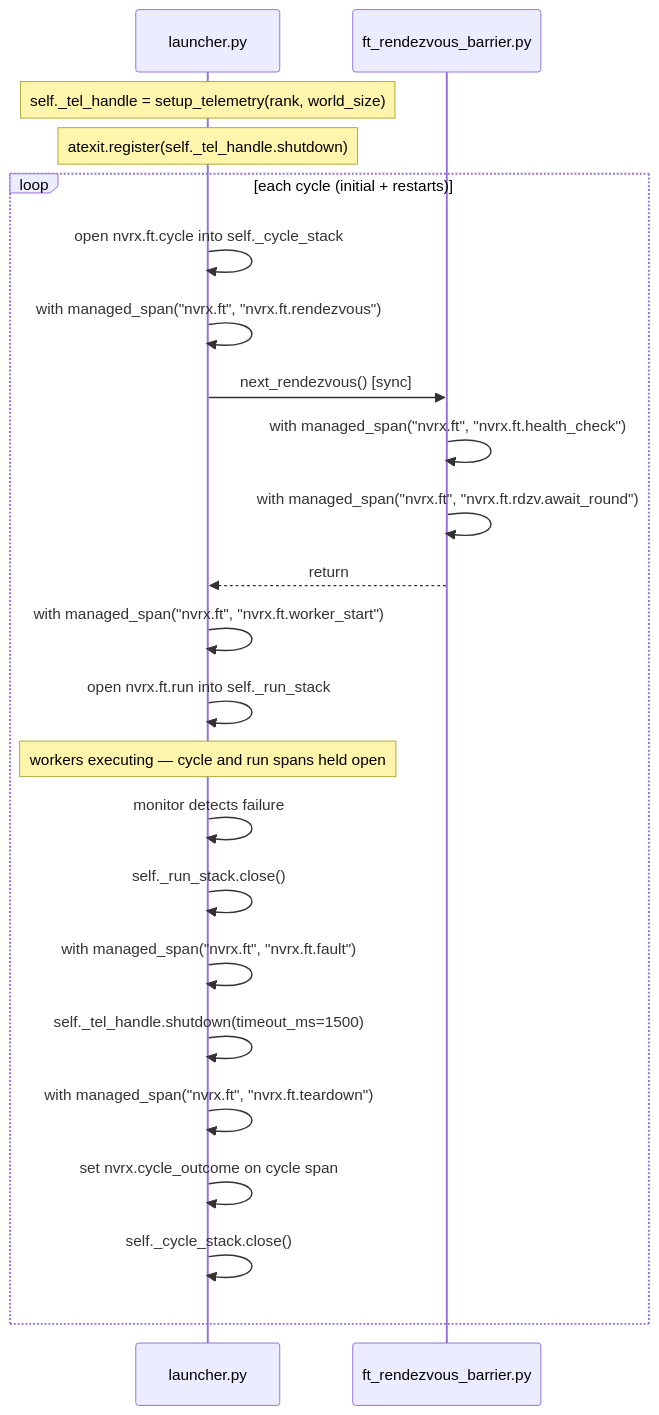
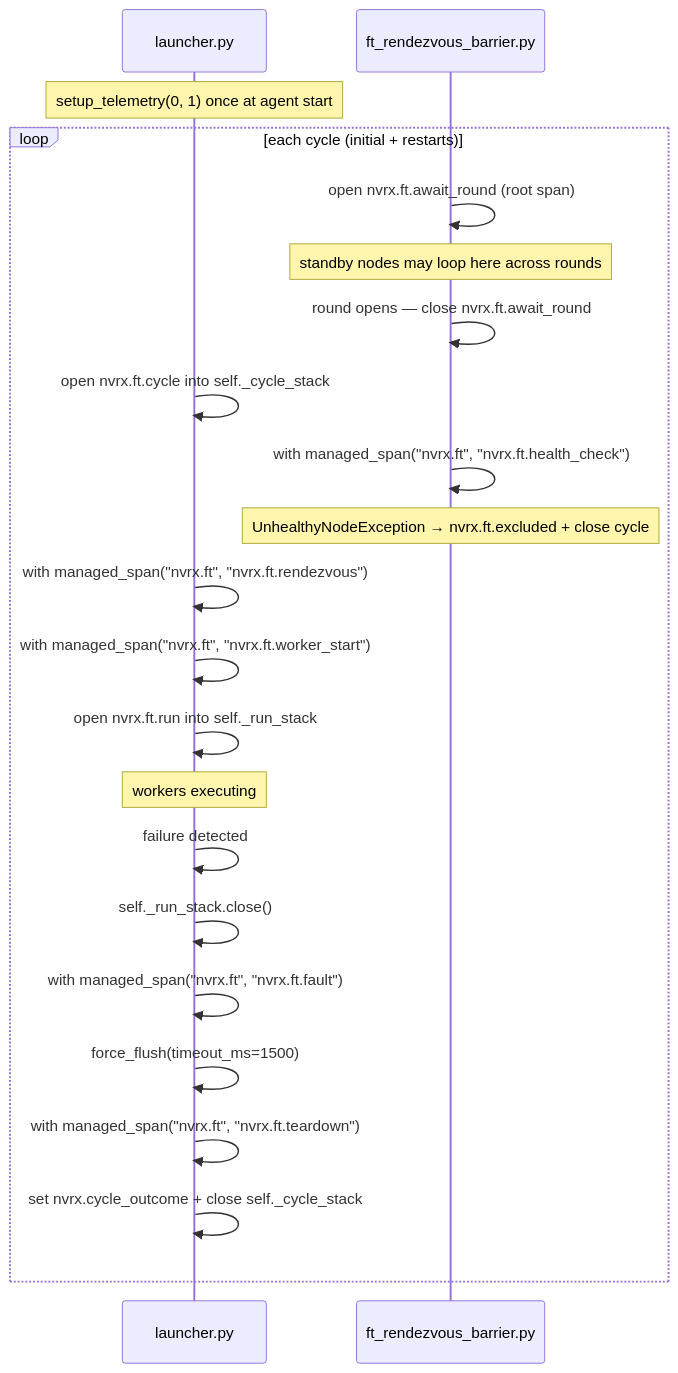
Before and after one commit to NVIDIA/nvidia-resiliency-ext: the third of 4 diagrams in docs/design/telemetry/NEMO_LENS.md, drawn with Mermaid. The commit also changed other lines of this file, not shown here.

````diff
--- a/docs/design/telemetry/NEMO_LENS.md
+++ b/docs/design/telemetry/NEMO_LENS.md
@@ -144,27 +193,26 @@
 ```mermaid
 sequenceDiagram
     participant L as launcher.py
     participant R as ft_rendezvous_barrier.py
 
-    Note over L: self._tel_handle = setup_telemetry(rank, world_size)
-    Note over L: atexit.register(self._tel_handle.shutdown)
+    Note over L: setup_telemetry(0, 1) once at agent start
 
     loop each cycle (initial + restarts)
+        R->>R: open nvrx.ft.await_round (root span)
+        Note over R: standby nodes may loop here across rounds
+        R->>R: round opens — close nvrx.ft.await_round
         L->>L: open nvrx.ft.cycle into self._cycle_stack
+        R->>R: with managed_span("nvrx.ft", "nvrx.ft.health_check")
+        Note over R: UnhealthyNodeException → nvrx.ft.excluded + close cycle
         L->>L: with managed_span("nvrx.ft", "nvrx.ft.rendezvous")
-        L->>R: next_rendezvous() [sync]
-        R->>R: with managed_span("nvrx.ft", "nvrx.ft.health_check")
-        R->>R: with managed_span("nvrx.ft", "nvrx.ft.rdzv.await_round")
-        R-->>L: return
         L->>L: with managed_span("nvrx.ft", "nvrx.ft.worker_start")
         L->>L: open nvrx.ft.run into self._run_stack
-        Note over L: workers executing — cycle and run spans held open
-        L->>L: monitor detects failure
+        Note over L: workers executing
+        L->>L: failure detected
         L->>L: self._run_stack.close()
         L->>L: with managed_span("nvrx.ft", "nvrx.ft.fault")
-        L->>L: self._tel_handle.shutdown(timeout_ms=1500)
+        L->>L: force_flush(timeout_ms=1500)
         L->>L: with managed_span("nvrx.ft", "nvrx.ft.teardown")
-        L->>L: set nvrx.cycle_outcome on cycle span
-        L->>L: self._cycle_stack.close()
+        L->>L: set nvrx.cycle_outcome + close self._cycle_stack
     end
 ```
````
